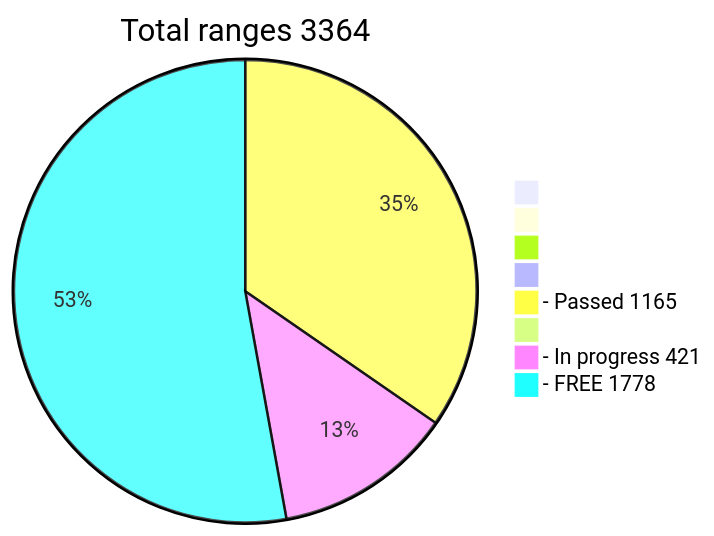
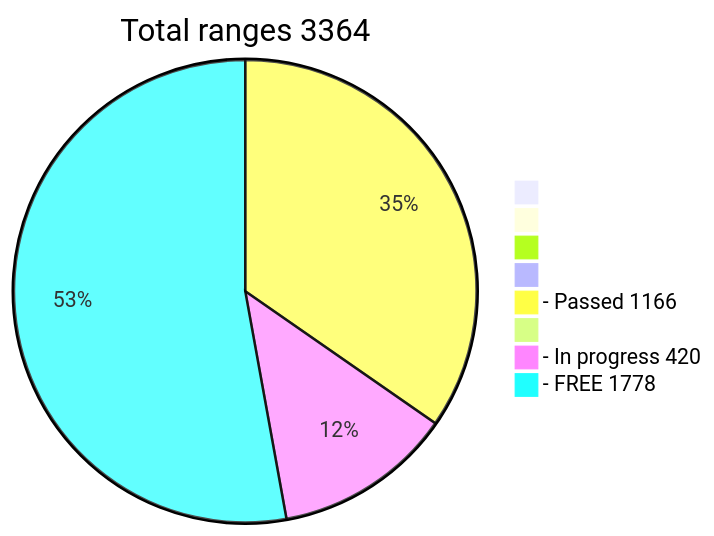
Before and after one commit to phrutis/wif500: the diagram in README.md, drawn with Mermaid.

````diff
--- a/README.md
+++ b/README.md
@@ -16,12 +16,12 @@
 ```mermaid
 pie title Total ranges 3364
              " " : 0
             "  " : 0
            "   " : 0
           "    " : 0
-  "- Passed 1165" : 1165
+  "- Passed 1166" : 1166
          "     " : 0
-  "- In progress 421" : 421
+  "- In progress 420" : 420
    "- FREE 1778" : 1778
    
 ```
````
